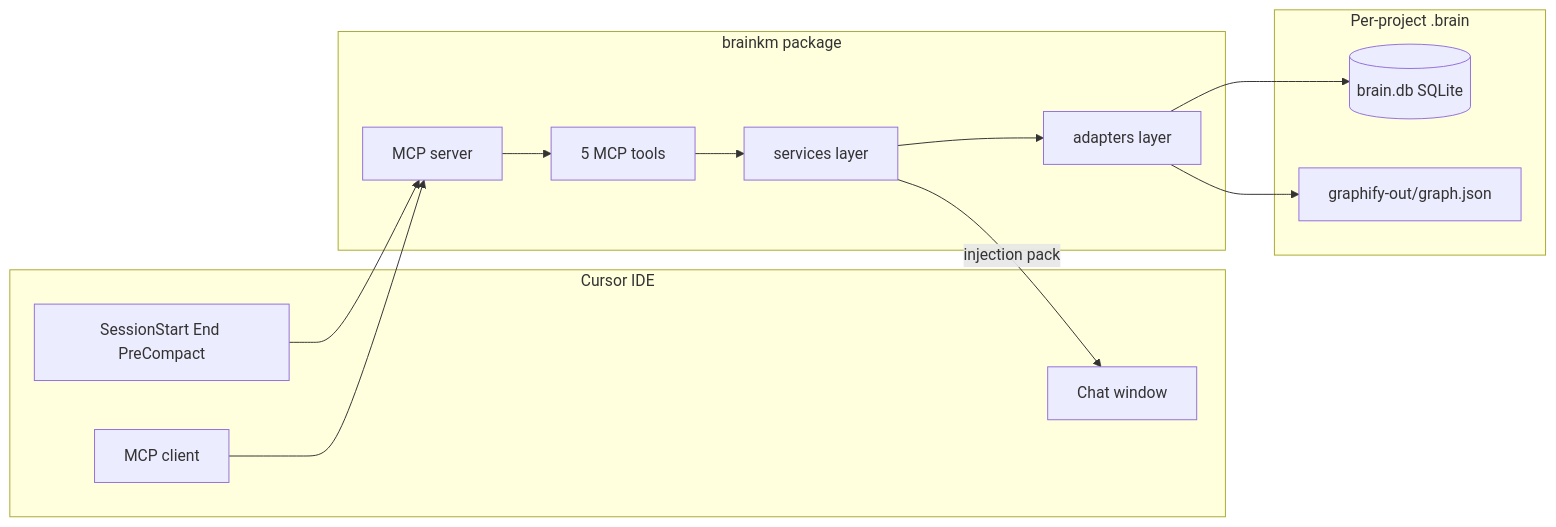
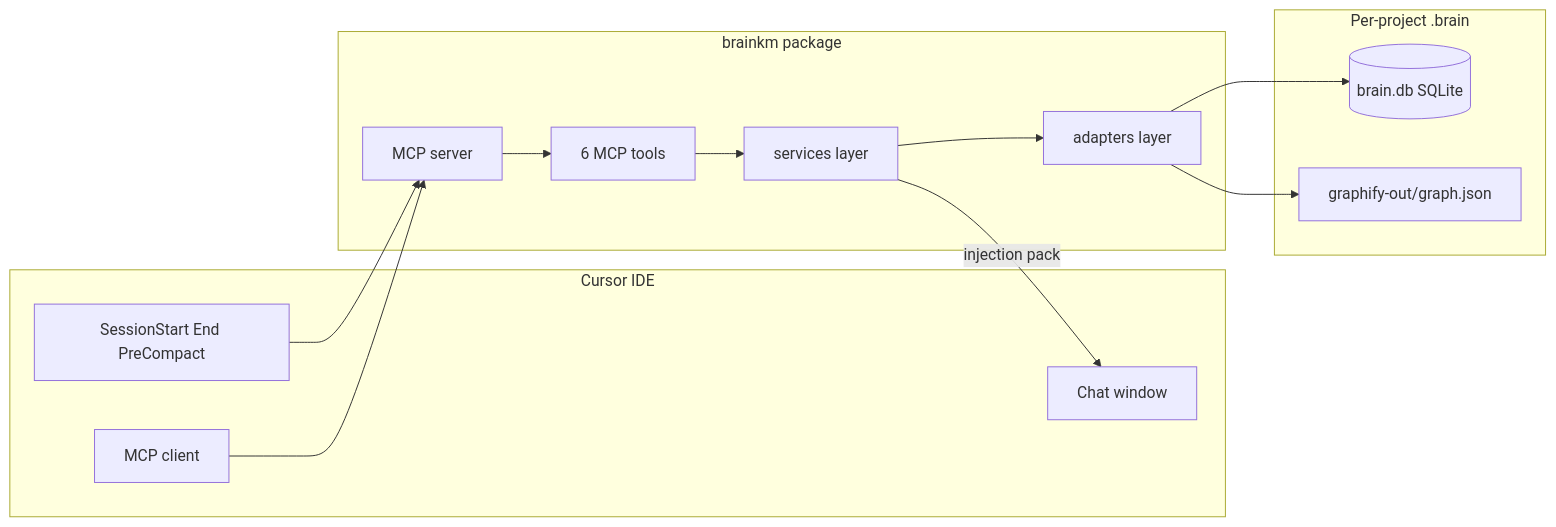
One commit to noyal1234/MemNetwork changed the first of 2 diagrams in docs/AI_PROJECT_BRIEF.md. Above: the diagram before and after it, drawn with Mermaid. The commit also changed other lines of this file and 15 other files, not shown here.

````diff
--- a/docs/AI_PROJECT_BRIEF.md
+++ b/docs/AI_PROJECT_BRIEF.md
@@ -34,27 +34,27 @@
 ```mermaid
 flowchart LR
   subgraph cursor [Cursor IDE]
     Chat[Chat window]
     Hooks[SessionStart End PreCompact]
     MCP[MCP client]
   end
 
   subgraph brainkm_pkg [brainkm package]
     Server[MCP server]
-    Tools[5 MCP tools]
+    Tools[6 MCP tools]
     Services[services layer]
     Adapters[adapters layer]
   end
 
   subgraph storage [Per-project .brain]
     DB[(brain.db SQLite)]
     Graph[graphify-out/graph.json]
   end
 
   Hooks --> Server
   MCP --> Server
   Server --> Tools --> Services --> Adapters
   Adapters --> DB
   Adapters --> Graph
   Services -->|"injection pack"| Chat
 ```
````
